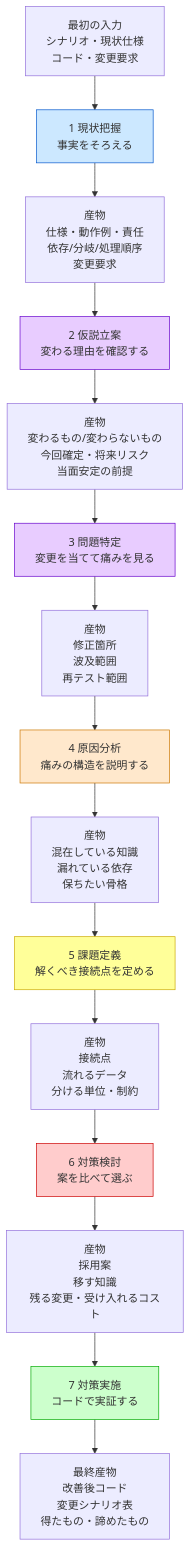
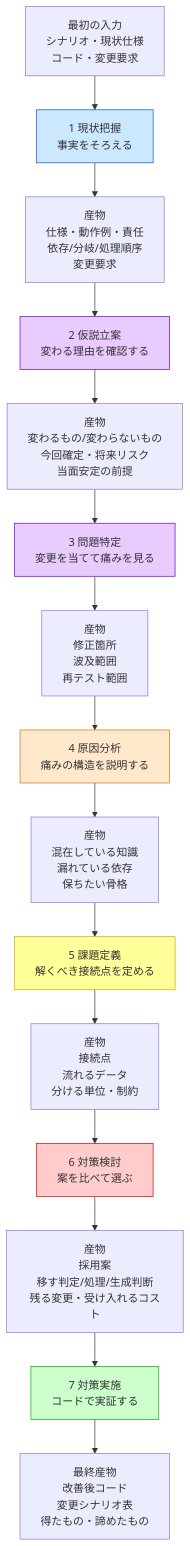
One commit to kumachan1101-pixel/DesignPattern changed the second of 2 diagrams in kindle/design-patterns/output/chapter00_2.md. Above: the diagram before and after it, drawn with Mermaid. The commit also changed other lines of this file and 1 other file, not shown here.

````diff
--- a/kindle/design-patterns/output/chapter00_2.md
+++ b/kindle/design-patterns/output/chapter00_2.md
@@ -85,41 +85,41 @@
 ```mermaid
 flowchart TB
     I0["最初の入力<br>シナリオ・現状仕様<br>コード・変更要求"]
 
     P1["1 現状把握<br>事実をそろえる"]
     O1["産物<br>仕様・動作例・責任<br>依存/分岐/処理順序<br>変更要求"]
 
     P2["2 仮説立案<br>変わる理由を確認する"]
     O2["産物<br>変わるもの/変わらないもの<br>今回確定・将来リスク<br>当面安定の前提"]
 
     P3["3 問題特定<br>変更を当てて痛みを見る"]
     O3["産物<br>修正箇所<br>波及範囲<br>再テスト範囲"]
 
     P4["4 原因分析<br>痛みの構造を説明する"]
     O4["産物<br>混在している知識<br>漏れている依存<br>保ちたい骨格"]
 
     P5["5 課題定義<br>解くべき接続点を定める"]
     O5["産物<br>接続点<br>流れるデータ<br>分ける単位・制約"]
 
     P6["6 対策検討<br>案を比べて選ぶ"]
-    O6["産物<br>採用案<br>移す知識<br>残る変更・受け入れるコスト"]
+    O6["産物<br>採用案<br>移す判定/処理/生成判断<br>残る変更・受け入れるコスト"]
 
     P7["7 対策実施<br>コードで実証する"]
     O7["最終産物<br>改善後コード<br>変更シナリオ表<br>得たもの・諦めたもの"]
 
     I0 --> P1 --> O1
     O1 --> P2 --> O2
     O2 --> P3 --> O3
     O3 --> P4 --> O4
     O4 --> P5 --> O5
     O5 --> P6 --> O6
     O6 --> P7 --> O7
 
     style P1 fill:#cce8ff,stroke:#0055cc
     style P2 fill:#e8ccff,stroke:#6600cc
     style P3 fill:#e8ccff,stroke:#6600cc
     style P4 fill:#ffe8cc,stroke:#cc7700
     style P5 fill:#ffff99,stroke:#ccaa00
     style P6 fill:#ffcccc,stroke:#cc0000
     style P7 fill:#ccffcc,stroke:#00aa00
 ```
````
